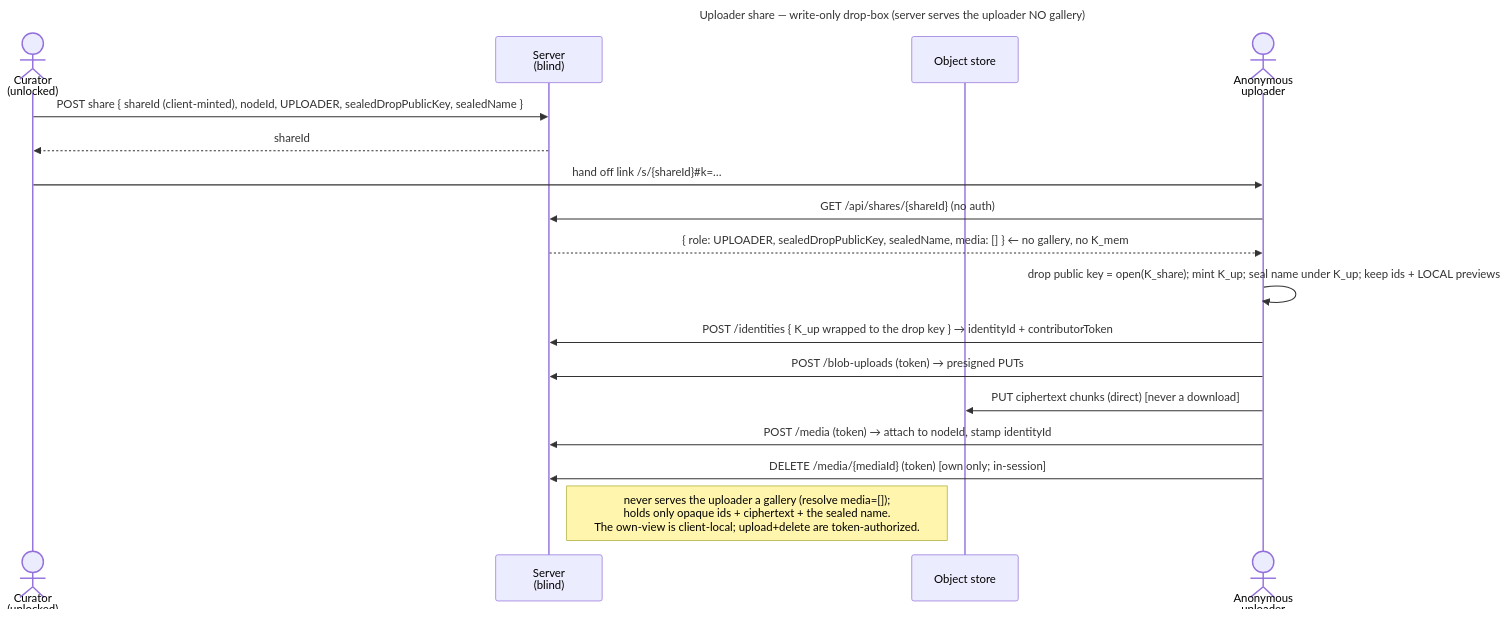
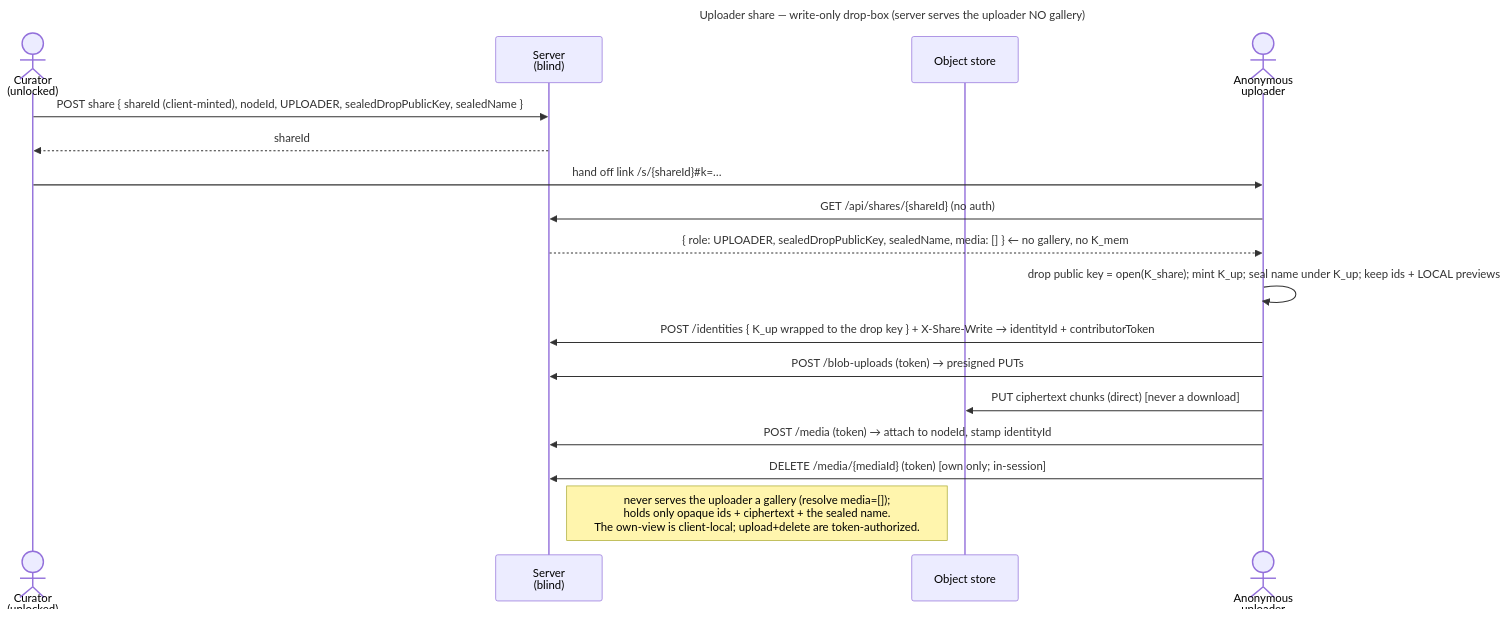
One commit to raddatzk/veyq changed the diagram in docs/features/sharing/use-cases/uc.sharing.share-uploader.md. Above: the diagram before and after it, drawn with Mermaid. The commit also changed other lines of this file and 10 other files, not shown here.

First line of the commit message:
docs: a link's id alone opens no write — cr-guest-write-proves-the-link-key done (#227)

````diff
--- a/docs/features/sharing/use-cases/uc.sharing.share-uploader.md
+++ b/docs/features/sharing/use-cases/uc.sharing.share-uploader.md
@@ -48,22 +50,22 @@
 ```mermaid
 ---
 title: Uploader share — write-only drop-box (server serves the uploader NO gallery)
 ---
 sequenceDiagram
   actor C as Curator<br>(unlocked)
   participant S as Server<br>(blind)
   participant O as Object store
   actor V as Anonymous<br>uploader
   C->>S: POST share { shareId (client-minted), nodeId, UPLOADER, sealedDropPublicKey, sealedName }
   S-->>C: shareId
   C->>V: hand off link /s/{shareId}#35;k=…
   V->>S: GET /api/shares/{shareId}   (no auth)
   S-->>V: { role: UPLOADER, sealedDropPublicKey, sealedName, media: [] }   ← no gallery, no K_mem
   V->>V: drop public key = open(K_share)#59; mint K_up#59; seal name under K_up#59; keep ids + LOCAL previews
-  V->>S: POST /identities { K_up wrapped to the drop key } → identityId + contributorToken
+  V->>S: POST /identities { K_up wrapped to the drop key } + X-Share-Write → identityId + contributorToken
   V->>S: POST /blob-uploads (token) → presigned PUTs
   V->>O: PUT ciphertext chunks (direct)   [never a download]
   V->>S: POST /media (token) → attach to nodeId, stamp identityId
   V->>S: DELETE /media/{mediaId} (token)   [own only#59; in-session]
   Note right of S: never serves the uploader a gallery (resolve media=[])#59;<br>holds only opaque ids + ciphertext + the sealed name.<br>The own-view is client-local#59; upload+delete are token-authorized.
 ```
````
